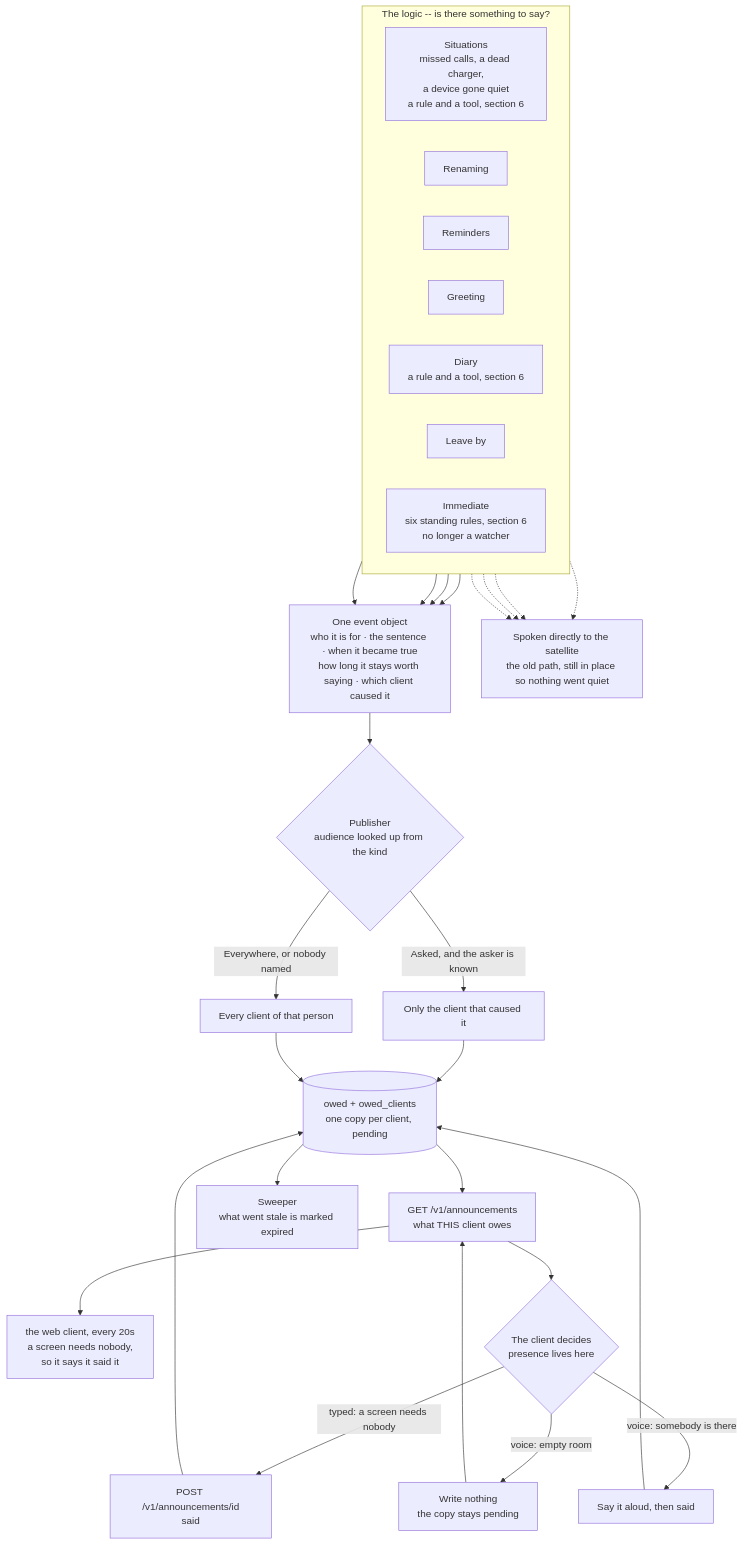
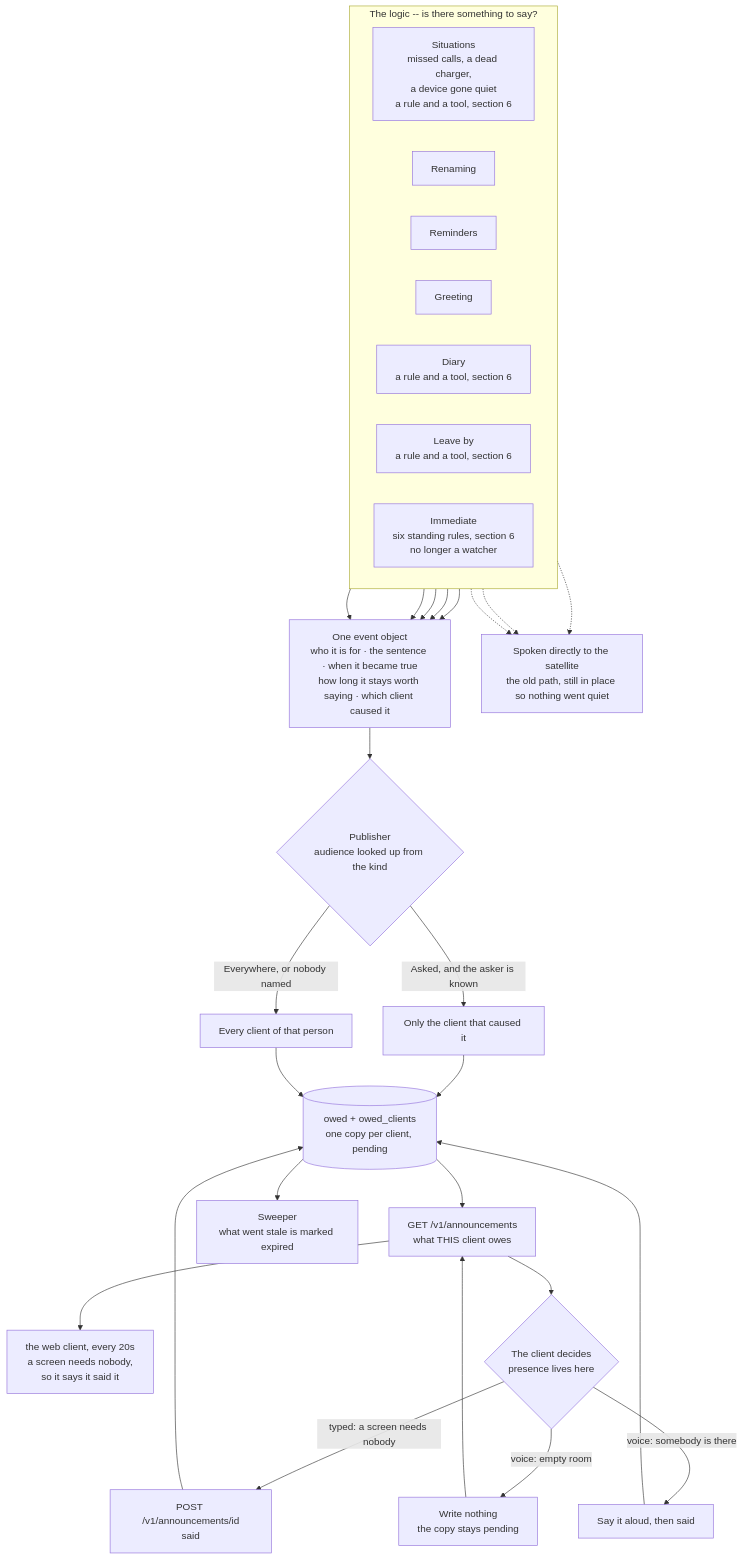
The third of 5 diagrams in FEATURES.md (DhanushRamesh/personal-assistant), drawn with Mermaid before and after one commit. The commit also changed other lines of this file and 3 other files, not shown here.

````diff
--- a/FEATURES.md
+++ b/FEATURES.md
@@ -94,47 +95,47 @@
 ```mermaid
 flowchart TB
     subgraph L["The logic -- is there something to say?"]
         direction LR
         SI["Situations<br/>missed calls, a dead charger,<br/>a device gone quiet<br/>a rule and a tool, section 6"]
         RN["Renaming"]
         RM["Reminders"]
         GR["Greeting"]
         CO["Diary<br/>a rule and a tool, section 6"]
-        LV["Leave by"]
+        LV["Leave by<br/>a rule and a tool, section 6"]
         IM["Immediate<br/>six standing rules, section 6<br/>no longer a watcher"]
     end
 
     SI --> EV
     RN --> EV
     RM -.-> OLD
     GR -.-> OLD
     CO --> EV
-    LV -.-> OLD
+    LV --> EV
     IM --> EV
     RN -.-> OLD
 
     EV["One event object<br/>who it is for · the sentence · when it became true<br/>how long it stays worth saying · which client caused it"]
     EV --> PUB{"Publisher<br/>audience looked up from the kind"}
 
     PUB -- "Asked, and the asker is known" --> ONE["Only the client that caused it"]
     PUB -- "Everywhere, or nobody named" --> ALL["Every client of that person"]
 
     ONE --> DB
     ALL --> DB
     DB[("owed + owed_clients<br/>one copy per client, pending")]
 
     DB --> GET["GET /v1/announcements<br/>what THIS client owes"]
     GET --> WEBCLIENT["the web client, every 20s<br/>a screen needs nobody,<br/>so it says it said it"]
     GET --> CL{"The client decides<br/>presence lives here"}
 
     CL -- "typed: a screen needs nobody" --> MARK["POST /v1/announcements/id<br/>said"]
     CL -- "voice: somebody is there" --> SAY["Say it aloud, then said"]
     CL -- "voice: empty room" --> KEEP["Write nothing<br/>the copy stays pending"]
     KEEP --> GET
 
     MARK --> DB
     SAY --> DB
     DB --> SW["Sweeper<br/>what went stale is marked expired"]
 
     OLD["Spoken directly to the satellite<br/>the old path, still in place so nothing went quiet"]
 ```
````
